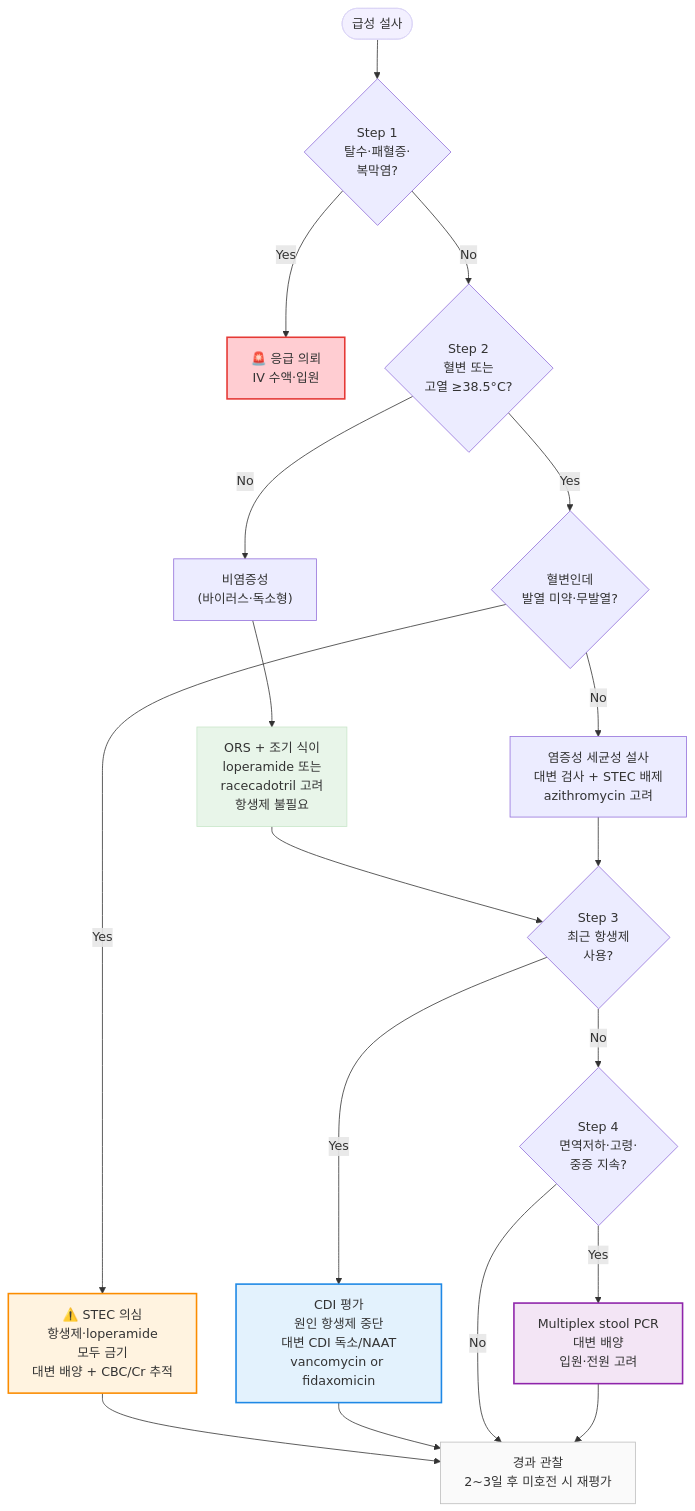
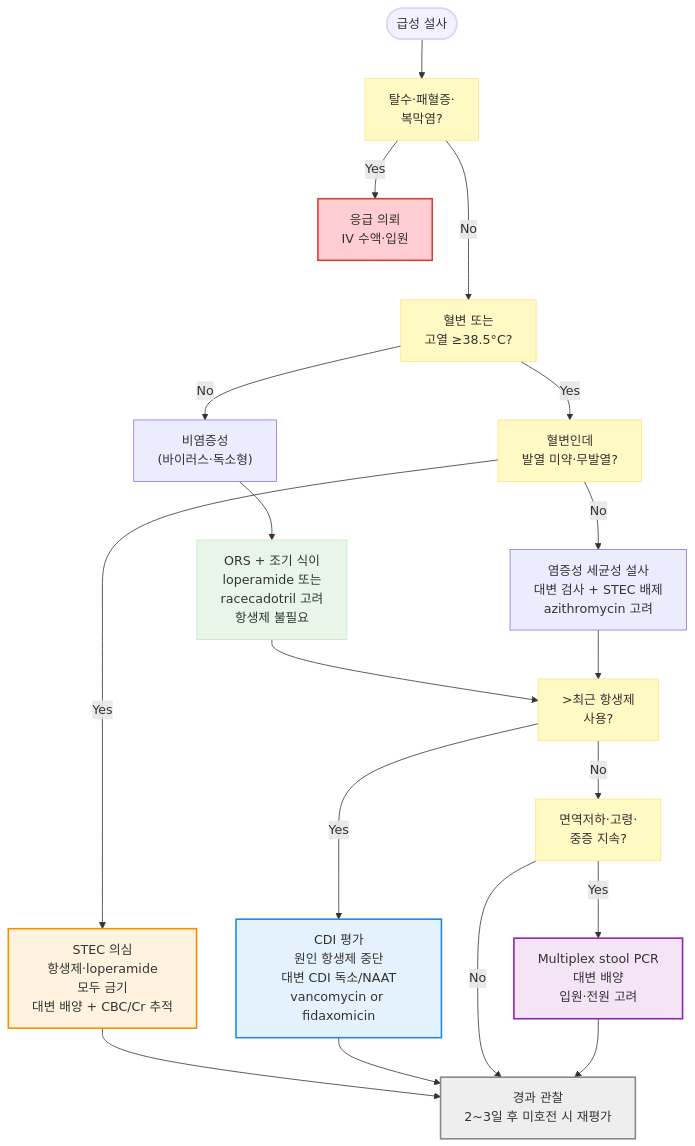
The diagram in 224_/083_-acute-diarrhea.md (familyoh77/familyoh77), drawn with Mermaid before and after one commit. The commit also changed other lines of this file, not shown here.

````diff
--- a/224_/083_-acute-diarrhea.md
+++ b/224_/083_-acute-diarrhea.md
@@ -173,49 +135,52 @@
 ```mermaid
 graph TD
     Start(["급성 설사"])
 
-    S1{"Step 1<br/>탈수·패혈증·<br/>복막염?"}
-    Emergency["🚨 응급 의뢰<br/>IV 수액·입원"]
+    S1["탈수·패혈증·<br/>복막염?"]
+    Emergency["응급 의뢰<br/>IV 수액·입원"]
 
-    S2{"Step 2<br/>혈변 또는<br/>고열 ≥38.5°C?"}
+    S2["혈변 또는<br/>고열 ≥38.5°C?"]
 
     NonInfl["비염증성<br/>(바이러스·독소형)"]
     NonInflTx["ORS + 조기 식이<br/>loperamide 또는<br/>racecadotril 고려<br/>항생제 불필요"]
 
-    STECq{"혈변인데<br/>발열 미약·무발열?"}
-    STEC["⚠️ STEC 의심<br/>항생제·loperamide<br/>모두 금기<br/>대변 배양 + CBC/Cr 추적"]
+    STECq["혈변인데<br/>발열 미약·무발열?"]
+    STEC["STEC 의심<br/>항생제·loperamide<br/>모두 금기<br/>대변 배양 + CBC/Cr 추적"]
     Infl["염증성 세균성 설사<br/>대변 검사 + STEC 배제<br/>azithromycin 고려"]
 
-    S3{"Step 3<br/>최근 항생제<br/>사용?"}
+    S3[">최근 항생제<br/>사용?"]
     CDI["CDI 평가<br/>원인 항생제 중단<br/>대변 CDI 독소/NAAT<br/>vancomycin or fidaxomicin"]
 
-    S4{"Step 4<br/>면역저하·고령·<br/>중증 지속?"}
+    S4["면역저하·고령·<br/>중증 지속?"]
     HighRisk["Multiplex stool PCR<br/>대변 배양<br/>입원·전원 고려"]
     FU["경과 관찰<br/>2~3일 후 미호전 시 재평가"]
 
     Start --> S1
     S1 -->|Yes| Emergency
-    S1 -->|No| S2
+    S1 --->|No| S2
     S2 -->|No| NonInfl
     NonInfl --> NonInflTx
     S2 -->|Yes| STECq
     STECq -->|Yes| STEC
     STECq -->|No| Infl
     NonInflTx --> S3
     Infl --> S3
     STEC --> FU
     S3 -->|Yes| CDI
     S3 -->|No| S4
     CDI --> FU
     S4 -->|Yes| HighRisk
     S4 -->|No| FU
     HighRisk --> FU
 
+style Start fill:#eeeeee,stroke:#888888,stroke-width:2px
+ classDef yellow fill:#fff9c4,stroke:#ffe082
+ class S1,S2,S3,S4,STECq yellow
     style Emergency fill:#ffcdd2,stroke:#e53935,stroke-width:2px
     style STEC fill:#fff3e0,stroke:#fb8c00,stroke-width:2px
     style CDI fill:#e3f2fd,stroke:#1e88e5,stroke-width:2px
     style HighRisk fill:#f3e5f5,stroke:#8e24aa,stroke-width:2px
     style Start fill:#f3f0ff,stroke:#dcd6f7
     style NonInflTx fill:#e8f5e9,stroke:#c8e6c9
-    style FU fill:#fafafa,stroke:#bdbdbd
+    style FU fill:#eeeeee,stroke:#888888,stroke-width:2px
 ```
````
